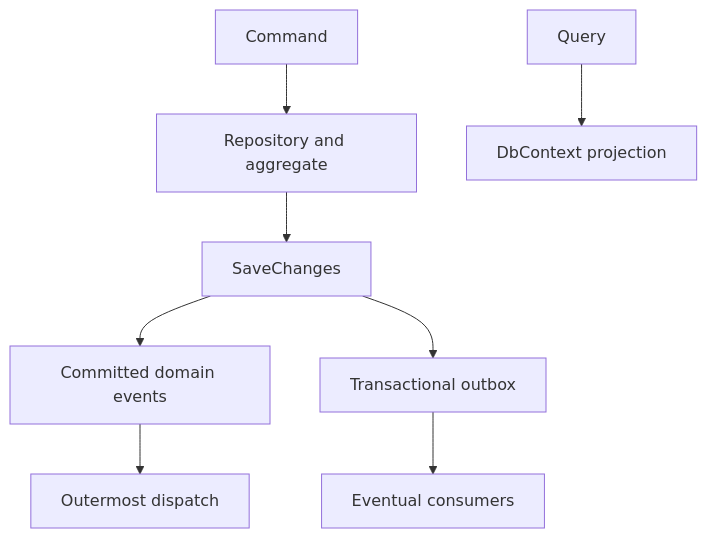
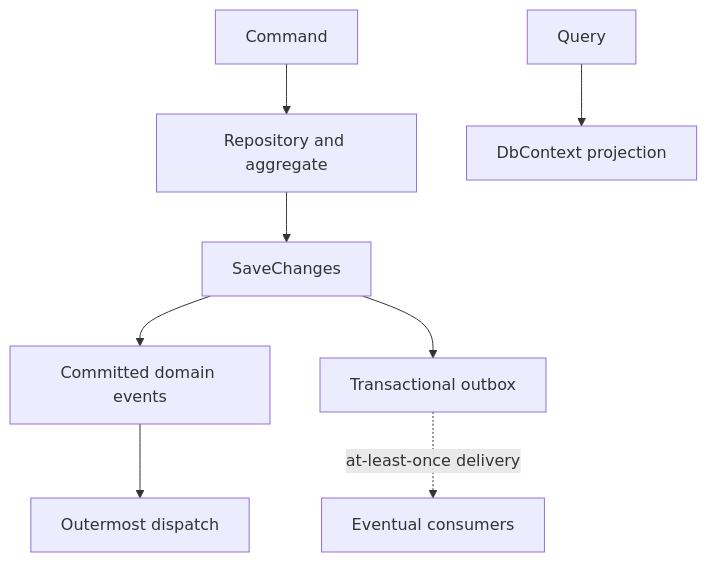
Before and after one commit to mhasabalah/StarterKit: the diagram in wiki/Architecture/DesignPatterns.md, drawn with Mermaid. The commit also changed 152 other files, not shown here.

Commit message:
feat(docs): add Fumadocs V2 and standardize diagrams

````diff
--- a/wiki/Architecture/DesignPatterns.md
+++ b/wiki/Architecture/DesignPatterns.md
@@ -66,10 +66,15 @@
 ```mermaid
 flowchart TB
+  accTitle: Request and unit-of-work lifecycle
+  accDescr: Commands persist aggregate changes while queries project directly; domain and integration events have different dispatch boundaries.
   C[Command] --> R[Repository and aggregate]
   Q[Query] --> D[DbContext projection]
   R --> S[SaveChanges]
   S --> E[Committed domain events]
   E --> P[Outermost dispatch]
   S --> O[Transactional outbox]
-  O --> B[Eventual consumers]
+  O -.->|at-least-once delivery| B[Eventual consumers]
+  class C,Q,P application
+  class R,D,S infrastructure
+  class E,O,B event
 ```
````
